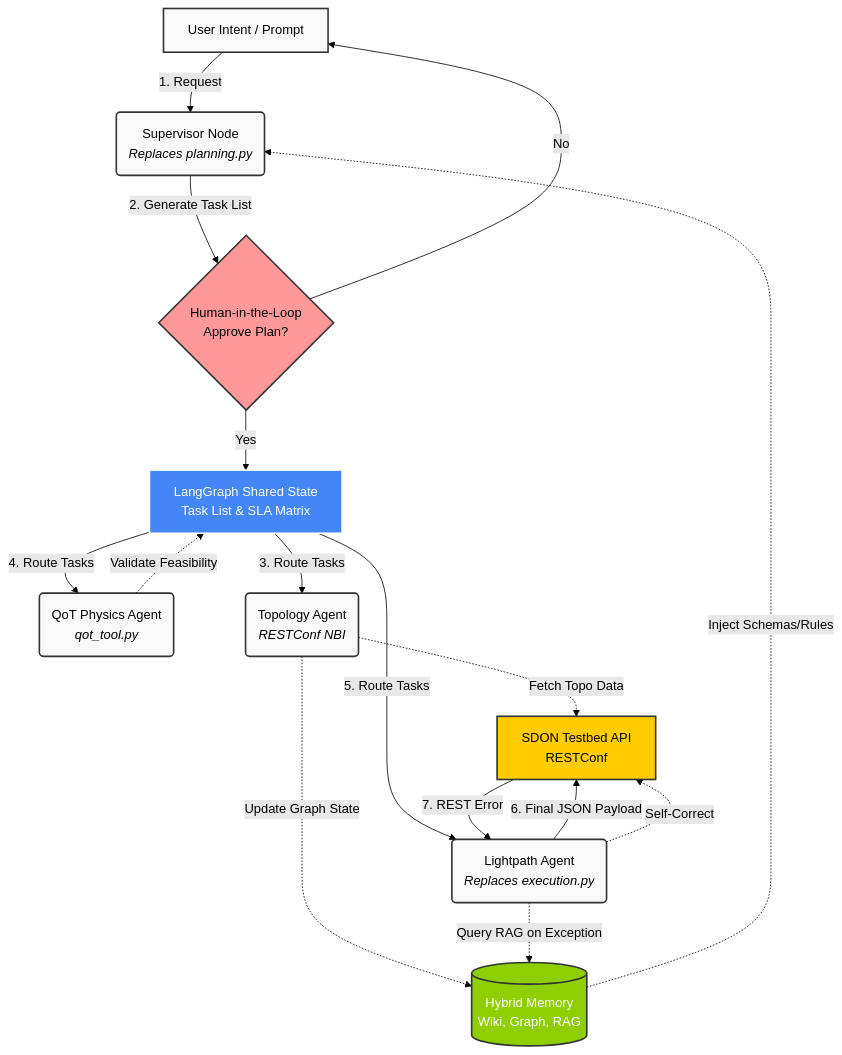
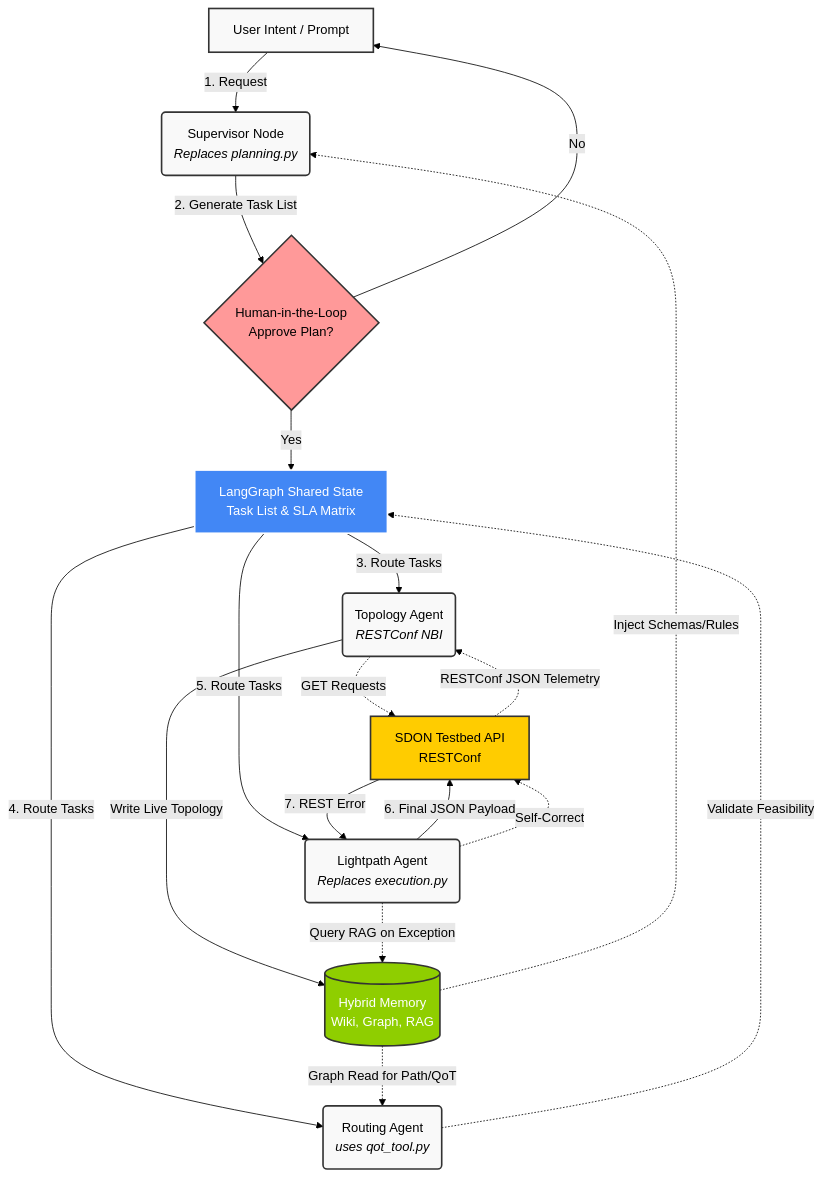
Before and after one commit to ABADIAb/MultiAgent-ON: the diagram in docs/LLM_Wiki/wiki/experiments/Proposal_Orchestrator_Integration.md, drawn with Mermaid (forest theme). The commit also changed other lines of this file and 3 other files, not shown here.

Commit message:
refactor: update architecture documentation and terminology to reflect Routing Agent integration and RESTConf adoption

````diff
--- a/docs/LLM_Wiki/wiki/experiments/Proposal_Orchestrator_Integration.md
+++ b/docs/LLM_Wiki/wiki/experiments/Proposal_Orchestrator_Integration.md
@@ -68,52 +68,54 @@
 ```mermaid
 graph TD
     %% Define Nodes
     UserIntent[User Intent / Prompt]
     Memory[(Hybrid Memory<br>Wiki, Graph, RAG)]
     Supervisor(Supervisor Node<br><i>Replaces planning.py</i>)
     HITL{Human-in-the-Loop<br>Approve Plan?}
     
     %% Sub-Agents
     LightpathAgent(Lightpath Agent<br><i>Replaces execution.py</i>)
-    QoTAgent(QoT Physics Agent<br><i>qot_tool.py</i>)
+    RoutingAgent(Routing Agent<br><i>uses qot_tool.py</i>)
     TopologyAgent(Topology Agent<br><i>RESTConf NBI</i>)
     
     %% Tools / State
     State[LangGraph Shared State<br>Task List & SLA Matrix]
     Testbed[SDON Testbed API<br>RESTConf]
     
     %% Flow
     UserIntent -->|1. Request| Supervisor
     Memory -.->|Inject Schemas/Rules| Supervisor
     Supervisor -->|2. Generate Task List| HITL
     
     HITL -- No --> UserIntent
     HITL -- Yes --> State
     
     State -->|3. Route Tasks| TopologyAgent
-    TopologyAgent -.->|Update Graph State| Memory
-    TopologyAgent -.->|Fetch Topo Data| Testbed
+    TopologyAgent -->|Write Live Topology| Memory
+    Testbed -.->|RESTConf JSON Telemetry| TopologyAgent
+    TopologyAgent -.->|GET Requests| Testbed
     
-    State -->|4. Route Tasks| QoTAgent
-    QoTAgent -.->|Validate Feasibility| State
+    State -->|4. Route Tasks| RoutingAgent
+    Memory -.->|Graph Read for Path/QoT| RoutingAgent
+    RoutingAgent -.->|Validate Feasibility| State
     
     State -->|5. Route Tasks| LightpathAgent
     LightpathAgent -->|6. Final JSON Payload| Testbed
     LightpathAgent -.->|Query RAG on Exception| Memory
     
     %% Error Loop
     Testbed -- 7. REST Error --> LightpathAgent
     LightpathAgent -.->|Self-Correct| Testbed
     
     %% Styling
     classDef node fill:#f9f9f9,stroke:#333,stroke-width:2px;
     classDef testbed fill:#ffcc00,stroke:#333,stroke-width:2px;
     classDef state fill:#4287f5,stroke:#fff,stroke-width:2px,color:#fff;
     classDef memory fill:#8fce00,stroke:#333,stroke-width:2px,color:#fff;
     classDef hitl fill:#ff9999,stroke:#333,stroke-width:2px;
     
     class Testbed testbed;
     class State state;
     class Memory memory;
     class HITL hitl;
 ```
````
